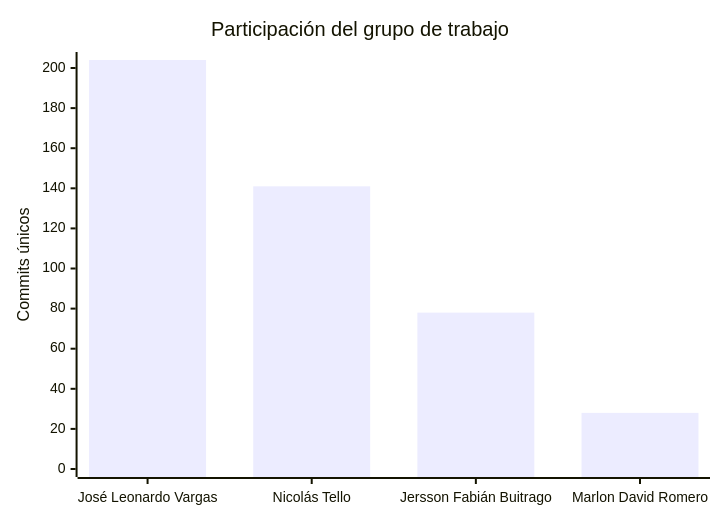
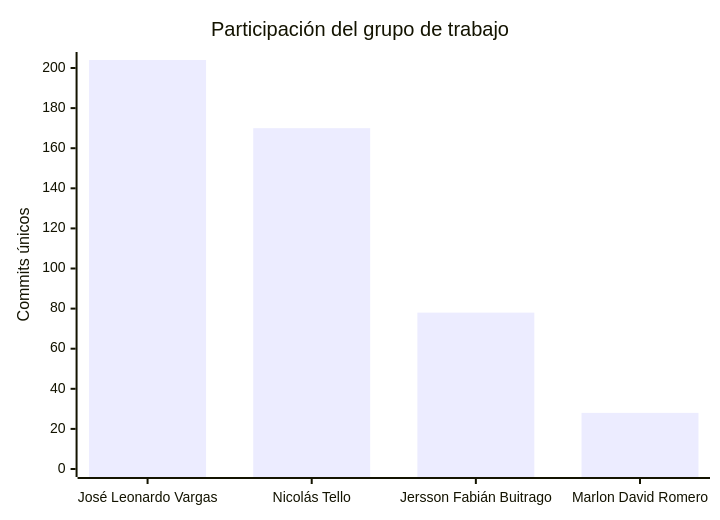
One commit to FarmaExpres/FarmaExpres changed the second of 2 diagrams in README.md. Above: the diagram before and after it, drawn with Mermaid. The commit also changed other lines of this file and 1 other file, not shown here.

````diff
--- a/README.md
+++ b/README.md
@@ -401,7 +401,7 @@
 ```mermaid
 xychart-beta
     title "Participación del grupo de trabajo"
     x-axis ["José Leonardo Vargas", "Nicolás Tello", "Jersson Fabián Buitrago", "Marlon David Romero"]
     y-axis "Commits únicos" 0 --> 204
-    bar [204, 141, 78, 28]
+    bar [204, 170, 78, 28]
 ```
````
